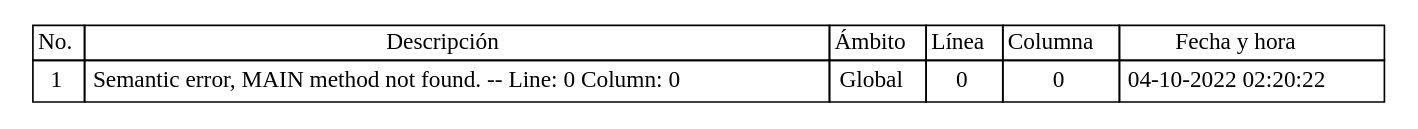
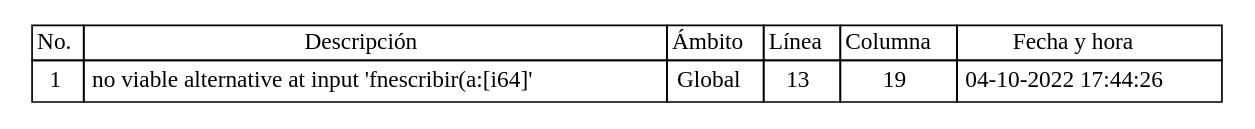
One commit to Jodyannre/COMPI2_proyecto2_2022 changed the diagram in Back/Web/tablas/tablaErrores.dot. Above: the diagram before and after it, drawn with Graphviz. The commit also changed 8 other files, not shown here.

```diff
--- a/Back/Web/tablas/tablaErrores.dot
+++ b/Back/Web/tablas/tablaErrores.dot
@@ -1,36 +1,36 @@
 
 	digraph {
 		tablaSimbolos [
 		  shape=plaintext
 		  label=<
 			<table border='0' cellborder='1' color='black' cellspacing='0'>
 			  <tr>
 				  <td>No.</td>
 				  <td>Descripción</td>
 				  <td>Ámbito</td>
 				  <td>Línea</td>
 				  <td>Columna</td>
 				  <td>Fecha y hora</td>
 			  </tr>
 	
 <tr>
 <td cellpadding='4'>
 1
 </td>
-<td cellpadding='4'>Semantic error, MAIN method not found. -- Line: 0 Column: 0
+<td cellpadding='4'>no viable alternative at input 'fnescribir(a:[i64]'
 </td>
 <td cellpadding='4'>Global
 </td>
-<td cellpadding='4'>0
+<td cellpadding='4'>13
 </td>
 <td cellpadding='4'>
-0
+19
 </td>
 <td cellpadding='4'>
-04-10-2022 02:20:22
+04-10-2022 17:44:26
 </td>
 </tr>
 
 		</table>
 		>];
 	}
```
